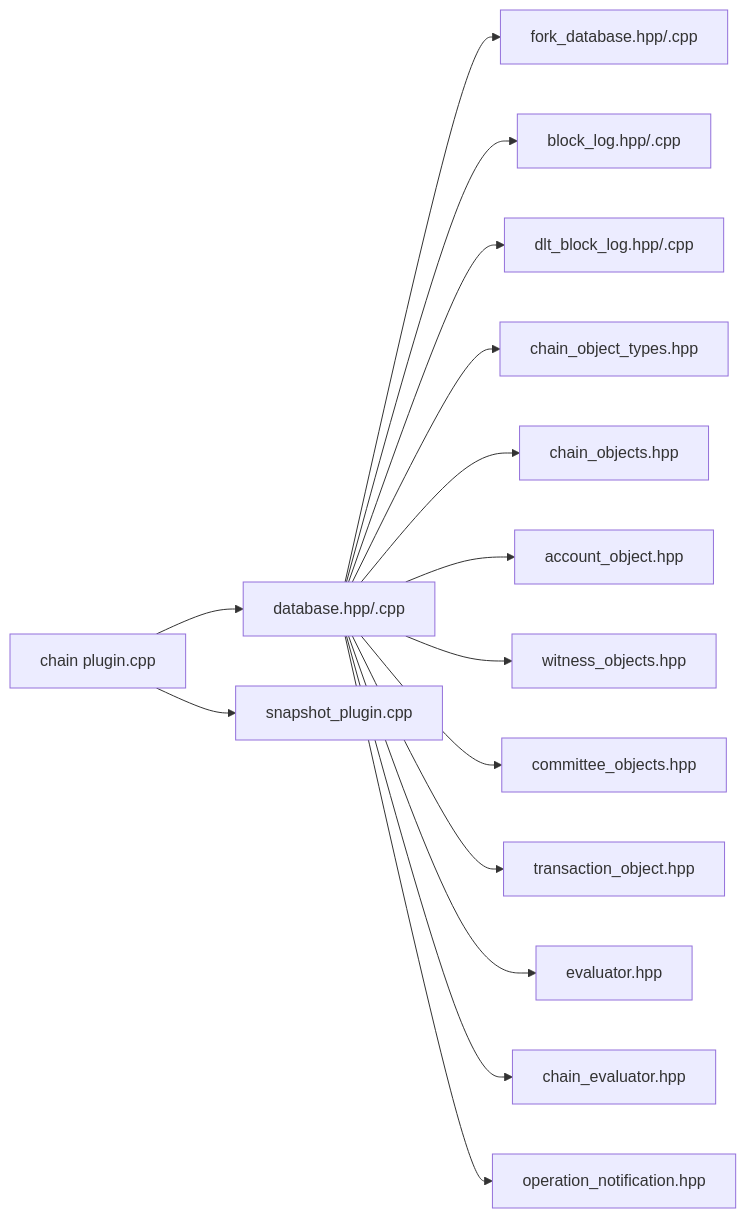
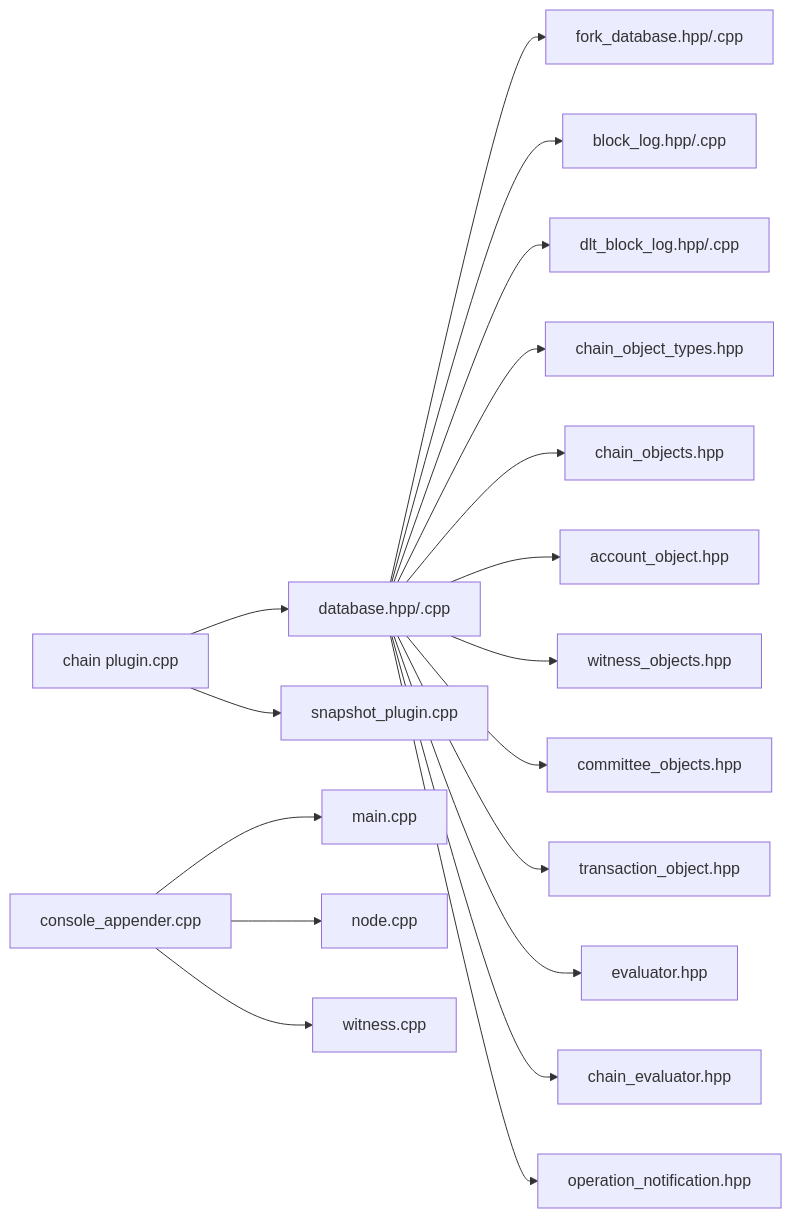
Diagram 12 of 12 in .qoder/repowiki/en/content/Architecture Overview/Core Libraries/Chain Library/Chain Library.md (VIZ-Blockchain/viz-cpp-node), drawn with Mermaid before and after one commit. The commit also changed other lines of this file and 4 other files, not shown here.

````diff
--- a/.qoder/repowiki/en/content/Architecture Overview/Core Libraries/Chain Library/Chain Library.md
+++ b/.qoder/repowiki/en/content/Architecture Overview/Core Libraries/Chain Library/Chain Library.md
@@ -624,17 +734,20 @@
 ```mermaid
 graph LR
 DB["database.hpp/.cpp"] --> FDB["fork_database.hpp/.cpp"]
 DB --> BLK["block_log.hpp/.cpp"]
 DB --> DLT["dlt_block_log.hpp/.cpp"]
 DB --> OT["chain_object_types.hpp"]
 DB --> CO["chain_objects.hpp"]
 DB --> AO["account_object.hpp"]
 DB --> WO["witness_objects.hpp"]
 DB --> CT["committee_objects.hpp"]
 DB --> TO["transaction_object.hpp"]
 DB --> EV["evaluator.hpp"]
 DB --> CEV["chain_evaluator.hpp"]
 DB --> ON["operation_notification.hpp"]
 CHAINPLUG["chain plugin.cpp"] --> SNAP["snapshot_plugin.cpp"]
 CHAINPLUG --> DB
+LOGSYS["console_appender.cpp"] --> MAIN["main.cpp"]
+LOGSYS --> SYNC["node.cpp"]
+LOGSYS --> WITNESS["witness.cpp"]
 ```
````
